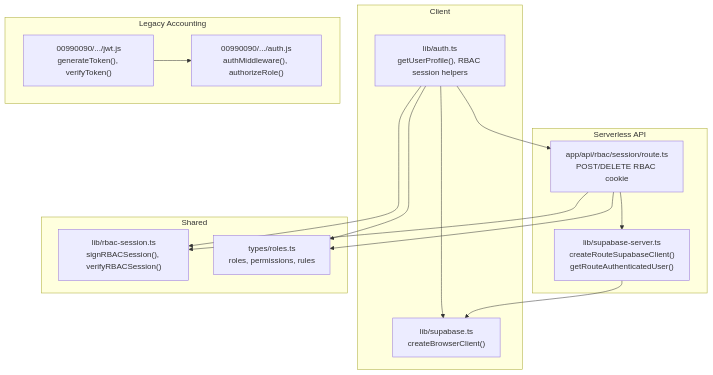
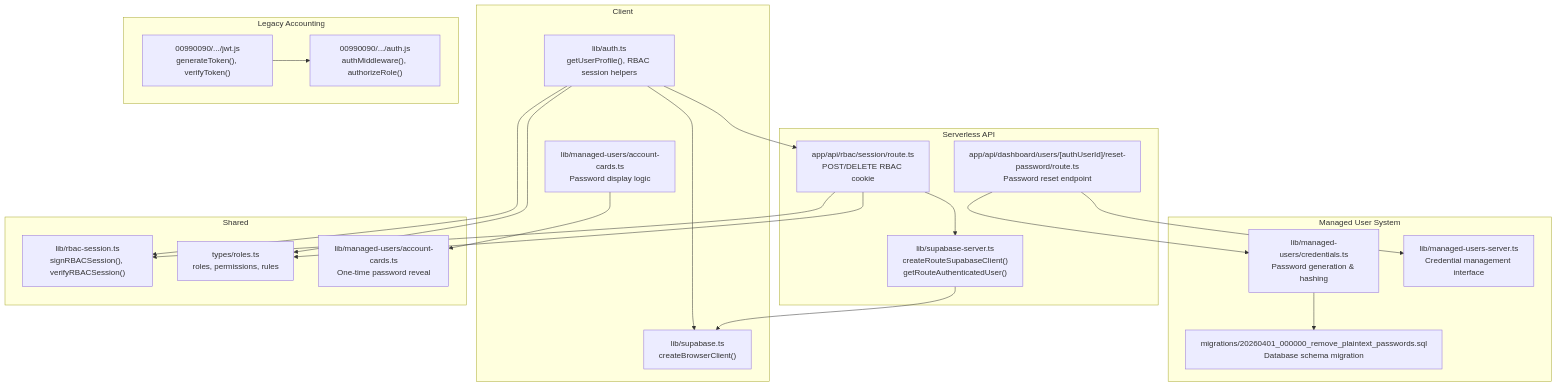
Before and after one commit to mustafaalkusaj/appschoolmustafa2002: the first of 9 diagrams in .qoder/repowiki/en/content/Security Implementation/Authentication Security.md, drawn with Mermaid. The commit also changed other lines of this file and 8 other files, not shown here.

````diff
--- a/.qoder/repowiki/en/content/Security Implementation/Authentication Security.md
+++ b/.qoder/repowiki/en/content/Security Implementation/Authentication Security.md
@@ -44,28 +62,40 @@
 ```mermaid
 graph TB
 subgraph "Client"
 A["lib/auth.ts<br/>getUserProfile(), RBAC session helpers"]
 B["lib/supabase.ts<br/>createBrowserClient()"]
+C["lib/managed-users/account-cards.ts<br/>Password display logic"]
 end
 subgraph "Serverless API"
-C["app/api/rbac/session/route.ts<br/>POST/DELETE RBAC cookie"]
-D["lib/supabase-server.ts<br/>createRouteSupabaseClient()<br/>getRouteAuthenticatedUser()"]
+D["app/api/rbac/session/route.ts<br/>POST/DELETE RBAC cookie"]
+E["lib/supabase-server.ts<br/>createRouteSupabaseClient()<br/>getRouteAuthenticatedUser()"]
+F["app/api/dashboard/users/[authUserId]/reset-password/route.ts<br/>Password reset endpoint"]
+end
+subgraph "Managed User System"
+G["lib/managed-users/credentials.ts<br/>Password generation & hashing"]
+H["migrations/20260401_000000_remove_plaintext_passwords.sql<br/>Database schema migration"]
+I["lib/managed-users-server.ts<br/>Credential management interface"]
 end
 subgraph "Shared"
-E["lib/rbac-session.ts<br/>signRBACSession(), verifyRBACSession()"]
-F["types/roles.ts<br/>roles, permissions, rules"]
+J["lib/rbac-session.ts<br/>signRBACSession(), verifyRBACSession()"]
+K["types/roles.ts<br/>roles, permissions, rules"]
+L["lib/managed-users/account-cards.ts<br/>One-time password reveal"]
 end
 subgraph "Legacy Accounting"
-G["00990090/.../jwt.js<br/>generateToken(), verifyToken()"]
-H["00990090/.../auth.js<br/>authMiddleware(), authorizeRole()"]
+M["00990090/.../jwt.js<br/>generateToken(), verifyToken()"]
+N["00990090/.../auth.js<br/>authMiddleware(), authorizeRole()"]
 end
 A --> B
-A --> E
-A --> F
-A --> C
-C --> D
-C --> E
-C --> F
-D --> B
+A --> J
+A --> K
+A --> D
+D --> E
+D --> J
+D --> K
+E --> B
+F --> G
+F --> I
 G --> H
+C --> L
+M --> N
 ```
````
